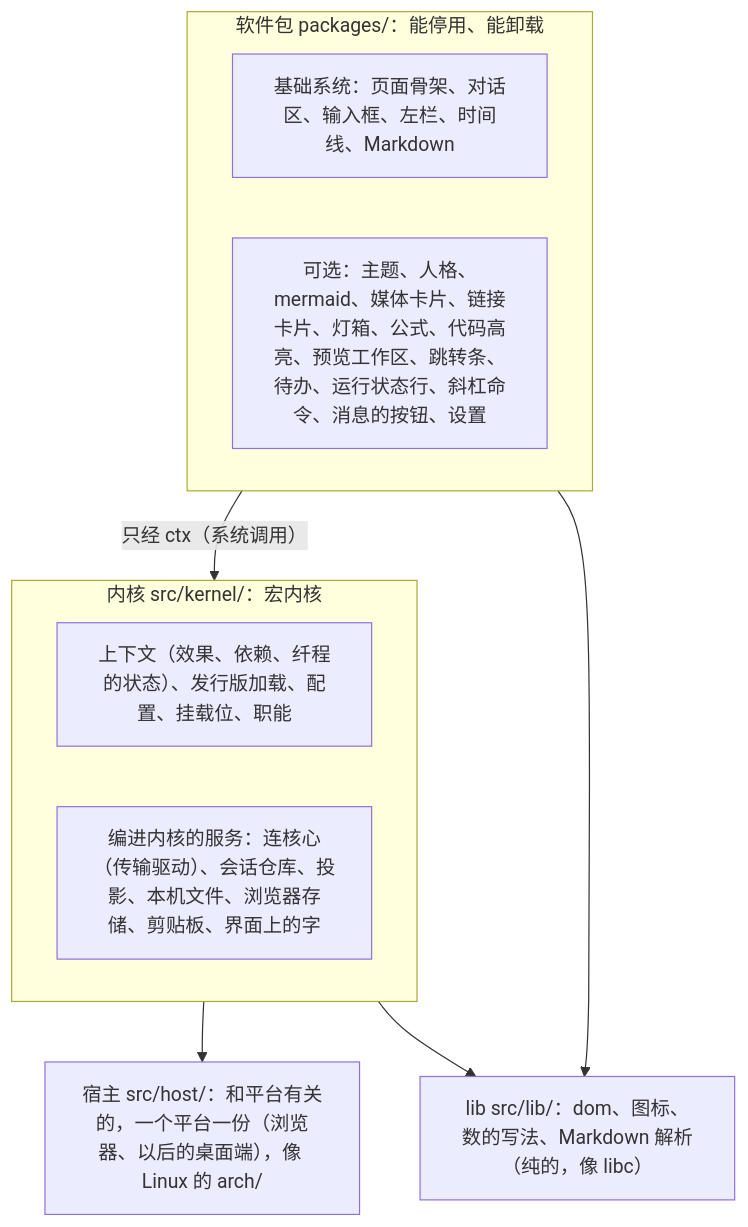
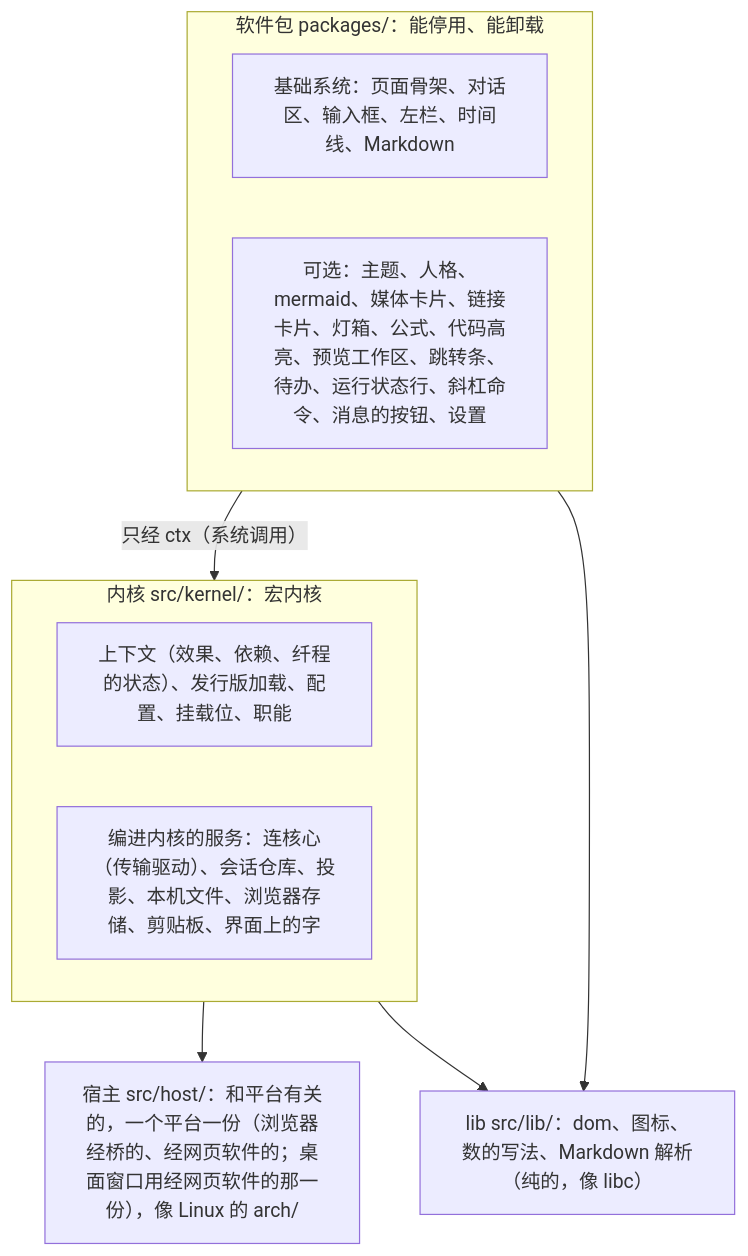
One commit to miyu-agent/miyu-web changed the diagram in docs/blueprint/web/architecture.md. Above: the diagram before and after it, drawn with Mermaid. The commit also changed other lines of this file and 2 other files, not shown here.

First line of the commit message:
docs(图纸): 桌面端照薄封装改，窗口用浏览器那一份宿主，不另写 tauri.js (DT-2)

````diff
--- a/docs/blueprint/web/architecture.md
+++ b/docs/blueprint/web/architecture.md
@@ -11,17 +11,17 @@
 ```mermaid
 flowchart TB
   subgraph pkgs["软件包 packages/：能停用、能卸载"]
     base["基础系统：页面骨架、对话区、输入框、左栏、时间线、Markdown"]
     opt["可选：主题、人格、mermaid、媒体卡片、链接卡片、灯箱、公式、代码高亮、预览工作区、跳转条、待办、运行状态行、斜杠命令、消息的按钮、设置"]
   end
   subgraph kernel["内核 src/kernel/：宏内核"]
     k1["上下文（效果、依赖、纤程的状态）、发行版加载、配置、挂载位、职能"]
     k2["编进内核的服务：连核心（传输驱动）、会话仓库、投影、本机文件、浏览器存储、剪贴板、界面上的字"]
   end
-  host["宿主 src/host/：和平台有关的，一个平台一份（浏览器、以后的桌面端），像 Linux 的 arch/"]
+  host["宿主 src/host/：和平台有关的，一个平台一份（浏览器经桥的、经网页软件的；桌面窗口用经网页软件的那一份），像 Linux 的 arch/"]
   lib["lib src/lib/：dom、图标、数的写法、Markdown 解析（纯的，像 libc）"]
   pkgs -- "只经 ctx（系统调用）" --> kernel
   pkgs --> lib
   kernel --> host
   kernel --> lib
 ```
````
